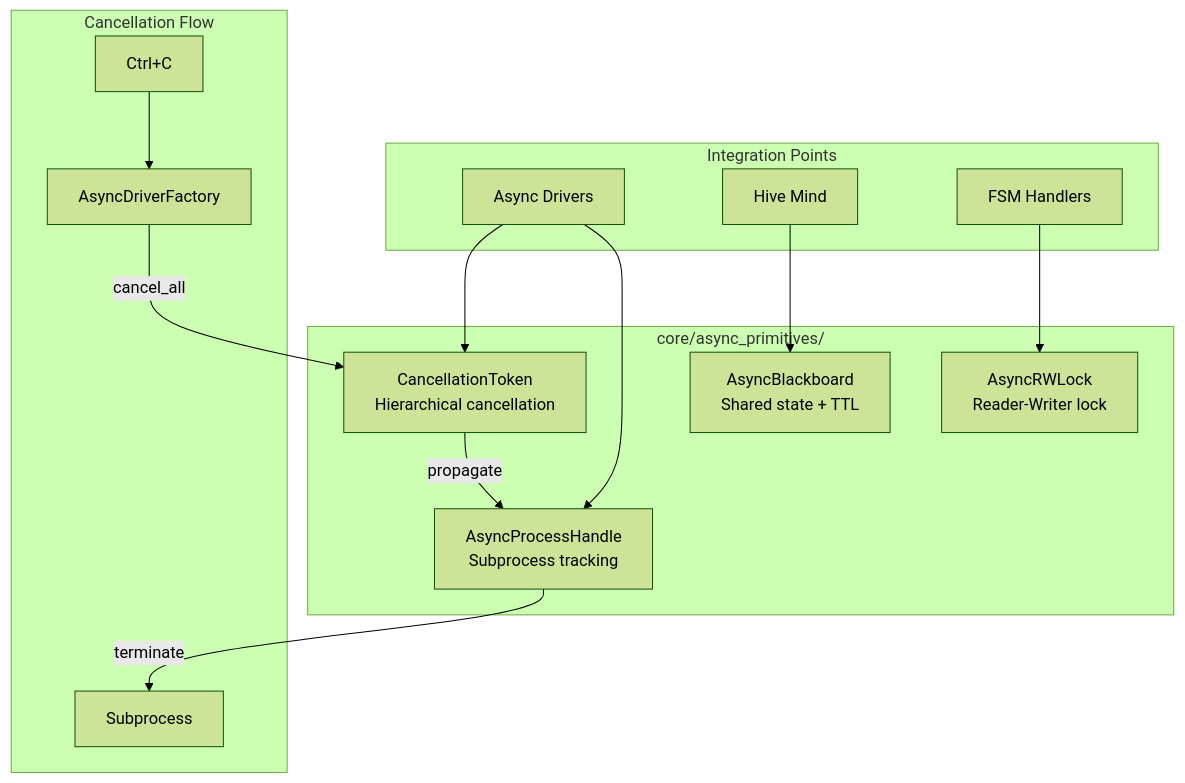
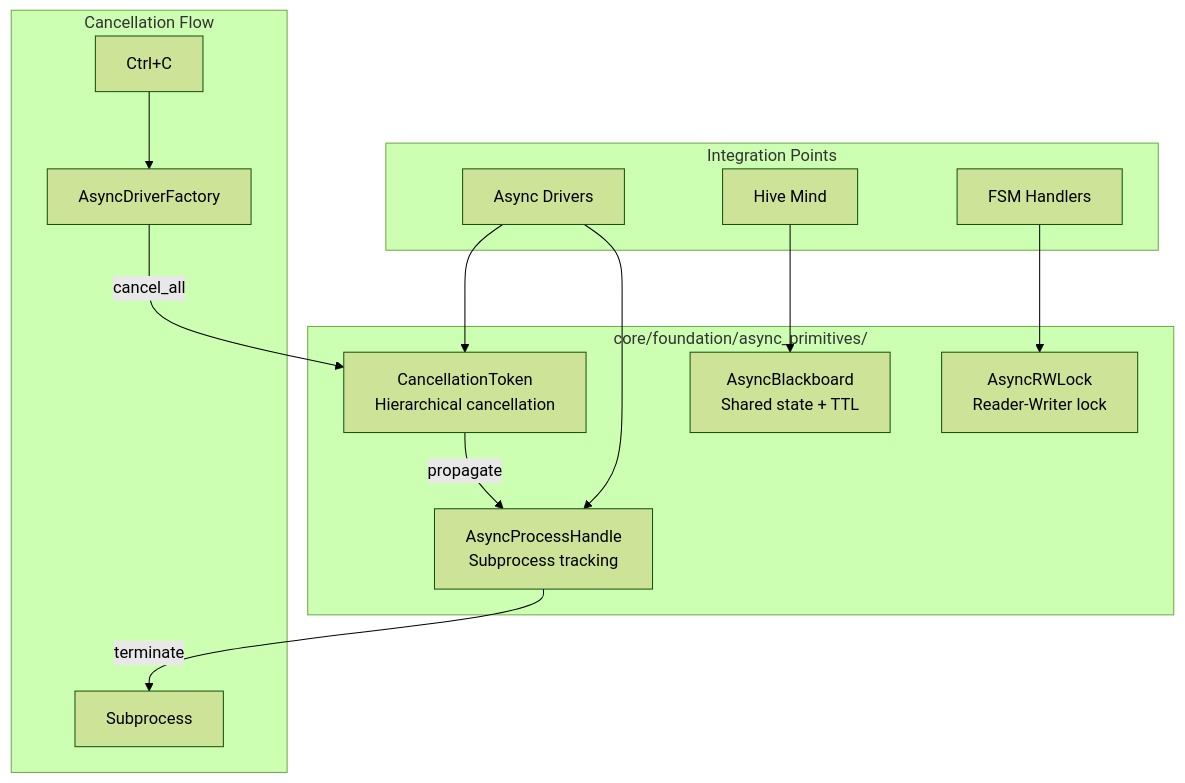
One commit to yannabadie/NEXUS changed the eighth of 13 diagrams in docs/ARCHITECTURE_MAP_GENERATED.md. Above: the diagram before and after it, drawn with Mermaid (forest theme). The commit also changed other lines of this file and 31 other files, not shown here.

````diff
--- a/docs/ARCHITECTURE_MAP_GENERATED.md
+++ b/docs/ARCHITECTURE_MAP_GENERATED.md
@@ -387,23 +406,23 @@
 ```mermaid
 graph TD
-    subgraph Primitives["core/async_primitives/"]
+    subgraph Primitives["core/foundation/async_primitives/"]
         CT[CancellationToken<br/>Hierarchical cancellation]
         PH[AsyncProcessHandle<br/>Subprocess tracking]
         RW[AsyncRWLock<br/>Reader-Writer lock]
         BB[AsyncBlackboard<br/>Shared state + TTL]
     end
 
     subgraph Usage["Integration Points"]
         DRIVERS[Async Drivers] --> CT
         DRIVERS --> PH
         HIVE[Hive Mind] --> BB
         FSM[FSM Handlers] --> RW
     end
 
     subgraph Control["Cancellation Flow"]
         USER[Ctrl+C] --> FACTORY[AsyncDriverFactory]
         FACTORY --> |cancel_all| CT
         CT --> |propagate| PH
         PH --> |terminate| PROC[Subprocess]
     end
 ```
````
